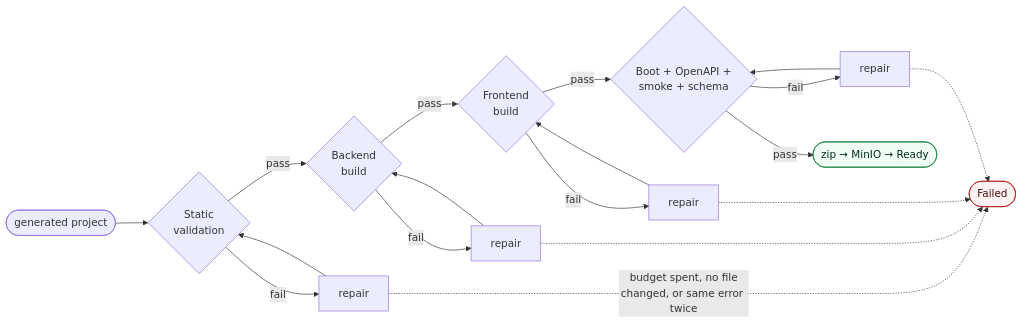
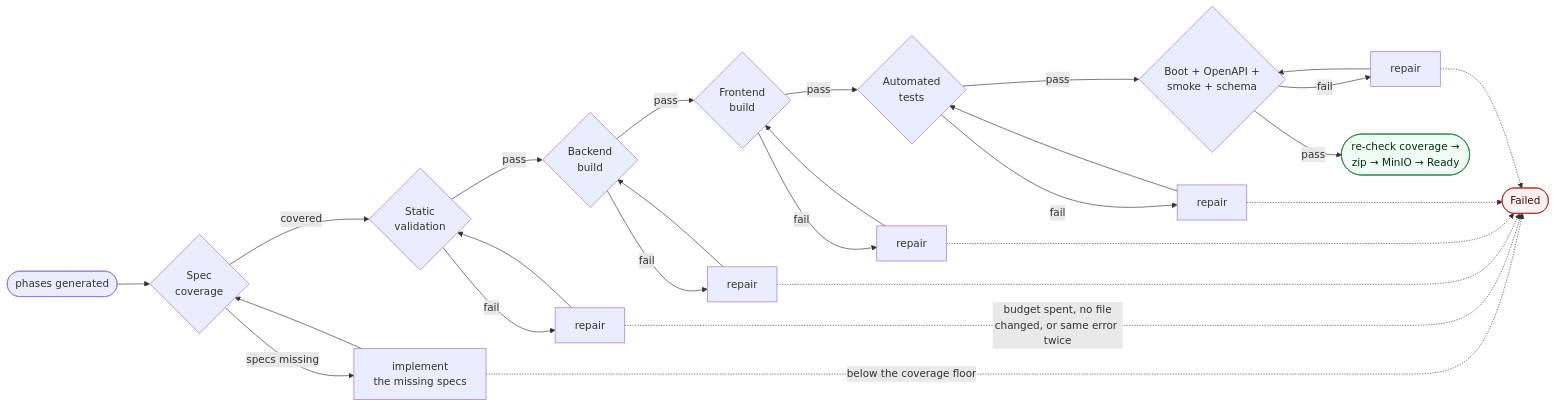
Before and after one commit to Viorelll/vi-ai-studio: the third of 5 diagrams in README.md, drawn with Mermaid. The commit also changed other lines of this file and 11 other files, not shown here.

````diff
--- a/README.md
+++ b/README.md
@@ -147,22 +207,28 @@
 ```mermaid
 flowchart LR
-    START(["generated project"]) --> SV{"Static<br/>validation"}
+    START(["phases generated"]) --> COV{"Spec<br/>coverage"}
+    COV -- "specs missing" --> RCOV["implement<br/>the missing specs"] --> COV
+    COV -- covered --> SV{"Static<br/>validation"}
     SV -- fail --> RSV["repair"] --> SV
     SV -- pass --> BE{"Backend<br/>build"}
     BE -- fail --> RBE["repair"] --> BE
     BE -- pass --> FE{"Frontend<br/>build"}
     FE -- fail --> RFE["repair"] --> FE
-    FE -- pass --> INT{"Boot + OpenAPI +<br/>smoke + schema"}
+    FE -- pass --> TST{"Automated<br/>tests"}
+    TST -- fail --> RTST["repair"] --> TST
+    TST -- pass --> INT{"Boot + OpenAPI +<br/>smoke + schema"}
     INT -- fail --> RINT["repair"] --> INT
-    INT -- pass --> ZIP(["zip → MinIO → Ready"])
+    INT -- pass --> ZIP(["re-check coverage →<br/>zip → MinIO → Ready"])
 
-    RSV -.->|"budget spent, no file<br/>changed, or same error twice"| FAIL(["Failed"])
+    RCOV -.->|"below the coverage floor"| FAIL(["Failed"])
+    RSV -.->|"budget spent, no file<br/>changed, or same error twice"| FAIL
     RBE -.-> FAIL
     RFE -.-> FAIL
+    RTST -.-> FAIL
     RINT -.-> FAIL
 
     classDef ok fill:#f0fdf4,stroke:#15803d,color:#052e16
     classDef bad fill:#fef2f2,stroke:#b91c1c,color:#450a0a
     class ZIP ok
     class FAIL bad
 ```
````
